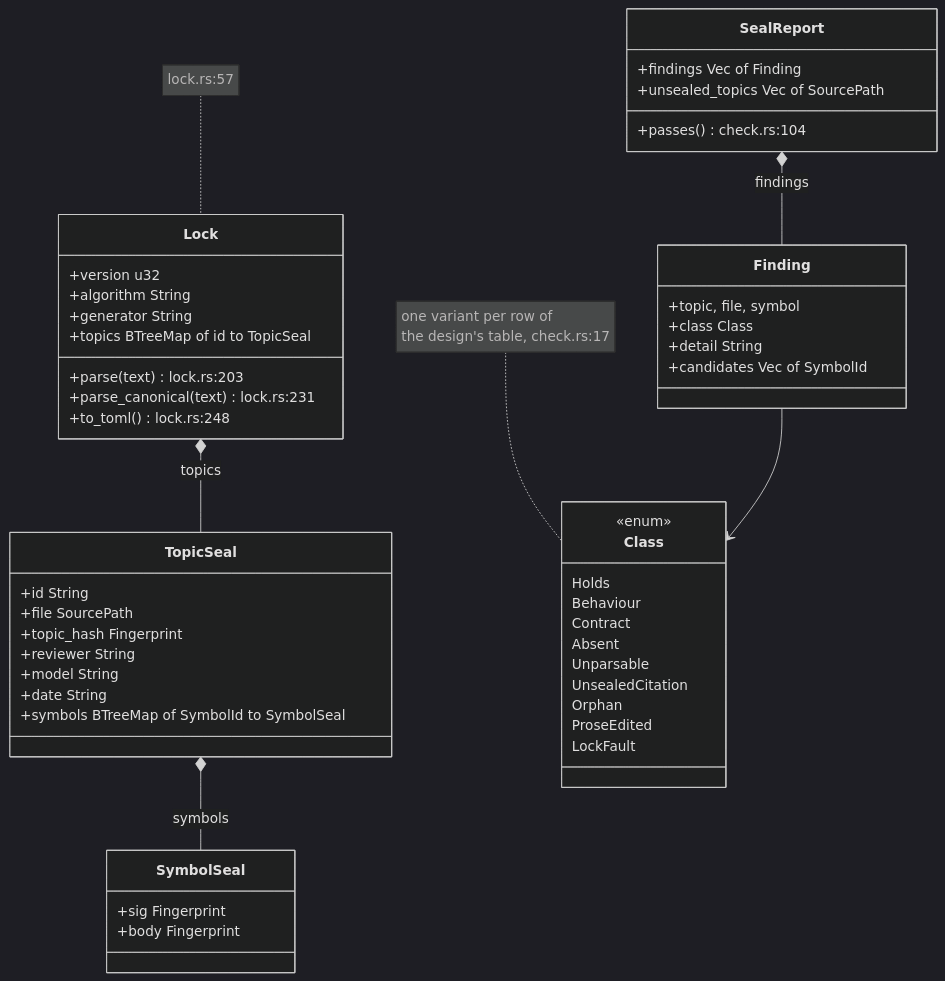
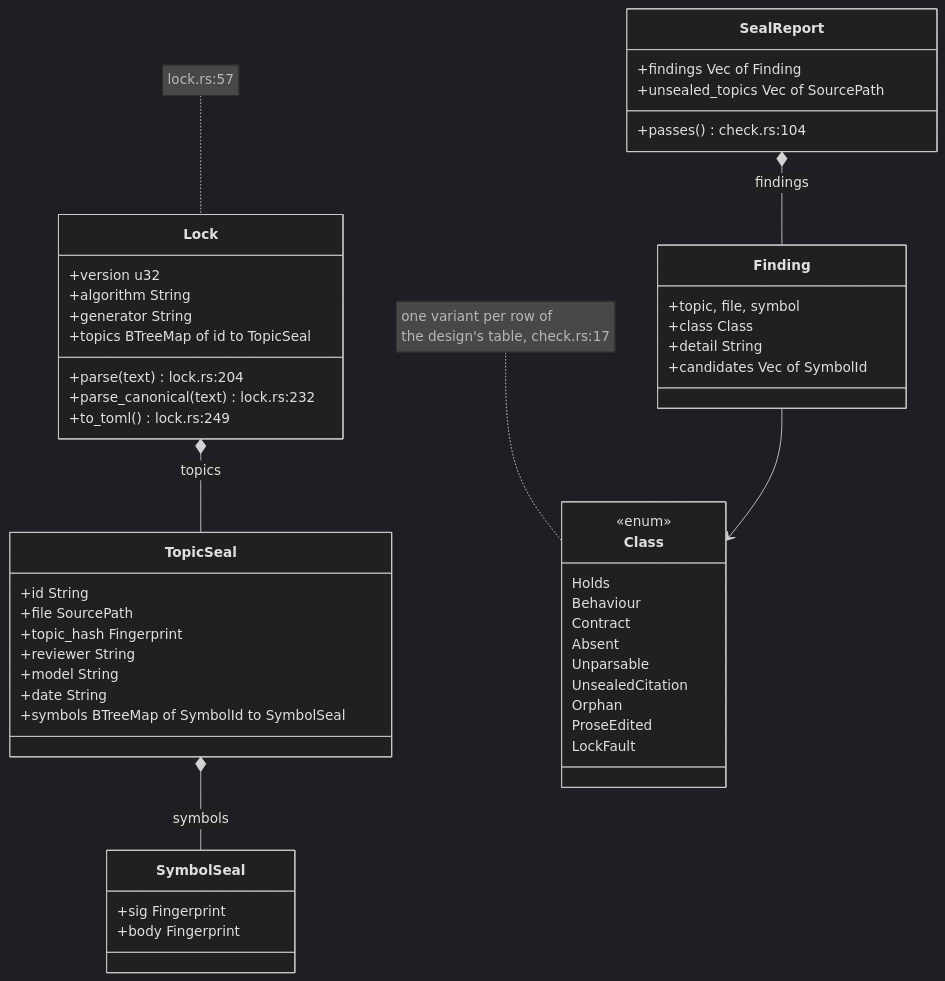
The first of 6 diagrams in docs/diagrams/sealmap/15-seals-the-lock-and-the-checks.md (DreamLab-AI/VisionFlow), drawn with Mermaid (dark theme) before and after one commit. The commit also changed other lines of this file and 59 other files, not shown here.

First line of the commit message:
docs(diagrams): re-derive and re-stamp forum, website, pod, ontomark and sealmap topics

````diff
--- a/docs/diagrams/sealmap/15-seals-the-lock-and-the-checks.md
+++ b/docs/diagrams/sealmap/15-seals-the-lock-and-the-checks.md
@@ -63,54 +62,54 @@
 ```mermaid
 classDiagram
     class Lock {
         +version u32
         +algorithm String
         +generator String
         +topics BTreeMap of id to TopicSeal
-        +parse(text) lock.rs:203
-        +parse_canonical(text) lock.rs:231
-        +to_toml() lock.rs:248
+        +parse(text) lock.rs:204
+        +parse_canonical(text) lock.rs:232
+        +to_toml() lock.rs:249
     }
     class TopicSeal {
         +id String
         +file SourcePath
         +topic_hash Fingerprint
         +reviewer String
         +model String
         +date String
         +symbols BTreeMap of SymbolId to SymbolSeal
     }
     class SymbolSeal {
         +sig Fingerprint
         +body Fingerprint
     }
     class Class {
         <<enum>>
         Holds
         Behaviour
         Contract
         Absent
         Unparsable
         UnsealedCitation
         Orphan
         ProseEdited
         LockFault
     }
     class Finding {
         +topic, file, symbol
         +class Class
         +detail String
         +candidates Vec of SymbolId
     }
     class SealReport {
         +findings Vec of Finding
         +unsealed_topics Vec of SourcePath
         +passes() check.rs:104
     }
     Lock *-- TopicSeal : topics
     TopicSeal *-- SymbolSeal : symbols
     SealReport *-- Finding : findings
     Finding --> Class
     note for Lock "lock.rs:57"
     note for Class "one variant per row of<br/>the design's table, check.rs:17"
 ```
````
